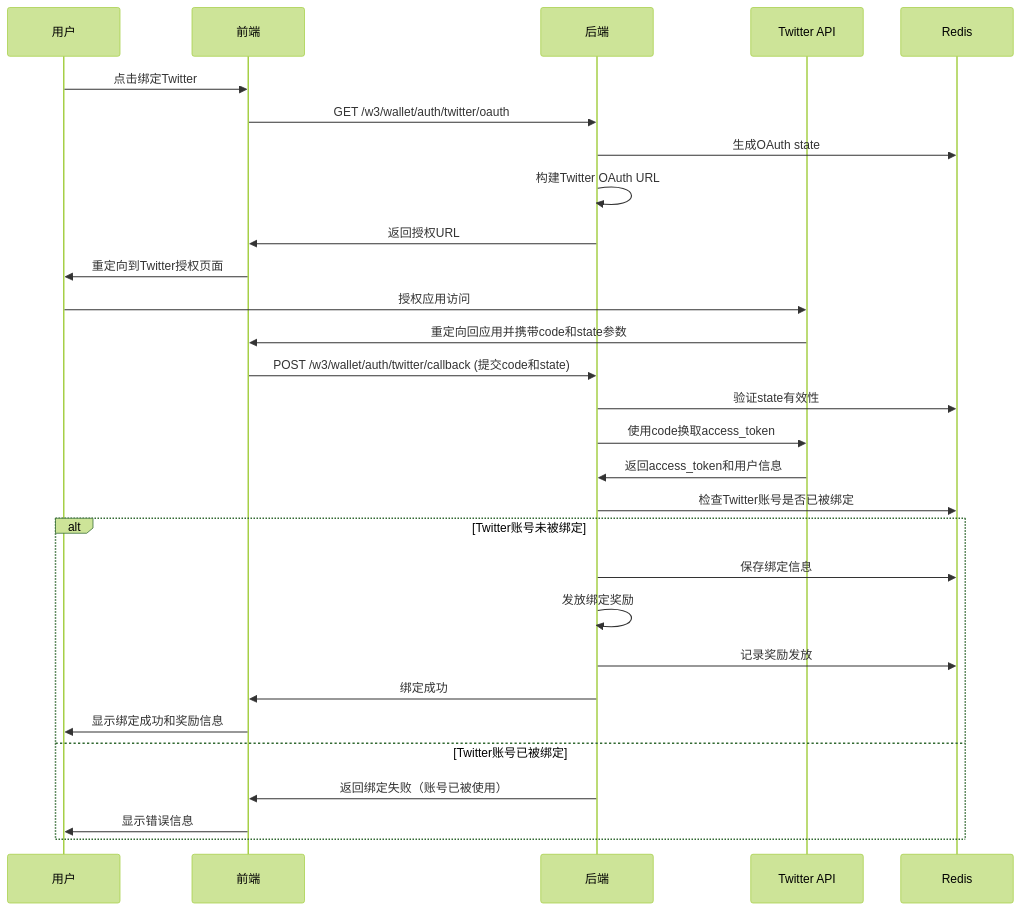
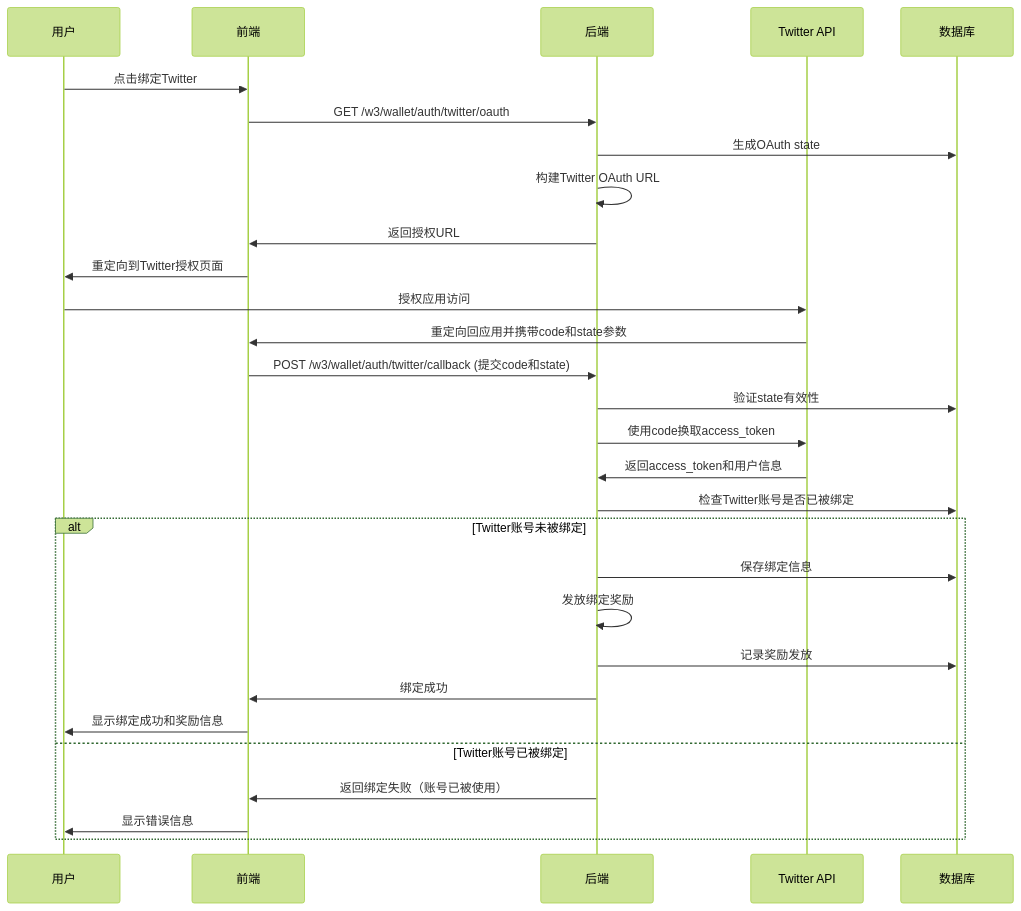
One commit to yingjianzh/iodraw-files changed the diagram in all/未命名-73.md. Above: the diagram before and after it, drawn with Mermaid (forest theme).

Commit message:
2025-07-07 10:54:14 update

````diff
--- a/all/未命名-73.md
+++ b/all/未命名-73.md
@@ -1,37 +1,38 @@
 ```mermaid
 
 sequenceDiagram
     participant User as 用户
     participant Frontend as 前端
     participant Backend as 后端
     participant Twitter as Twitter API
     participant DB as Redis
+     participant DB as 数据库
 
 
     User->>Frontend: 点击绑定Twitter
     Frontend->>Backend: GET /w3/wallet/auth/twitter/oauth
     Backend->>DB: 生成OAuth state
     Backend->>Backend: 构建Twitter OAuth URL
     Backend->>Frontend: 返回授权URL
     Frontend->>User: 重定向到Twitter授权页面
     
     User->>Twitter: 授权应用访问
     Twitter->>Frontend: 重定向回应用并携带code和state参数
     Frontend->>Backend: POST /w3/wallet/auth/twitter/callback (提交code和state)
     Backend->>DB: 验证state有效性
     Backend->>Twitter: 使用code换取access_token
     Twitter->>Backend: 返回access_token和用户信息
     Backend->>DB: 检查Twitter账号是否已被绑定
     
     alt Twitter账号未被绑定
         Backend->>DB: 保存绑定信息
         Backend->>Backend: 发放绑定奖励
         Backend->>DB: 记录奖励发放
         Backend->>Frontend: 绑定成功
         Frontend->>User: 显示绑定成功和奖励信息
     else Twitter账号已被绑定
         Backend->>Frontend: 返回绑定失败（账号已被使用）
         Frontend->>User: 显示错误信息
     end
 
 ```
````
